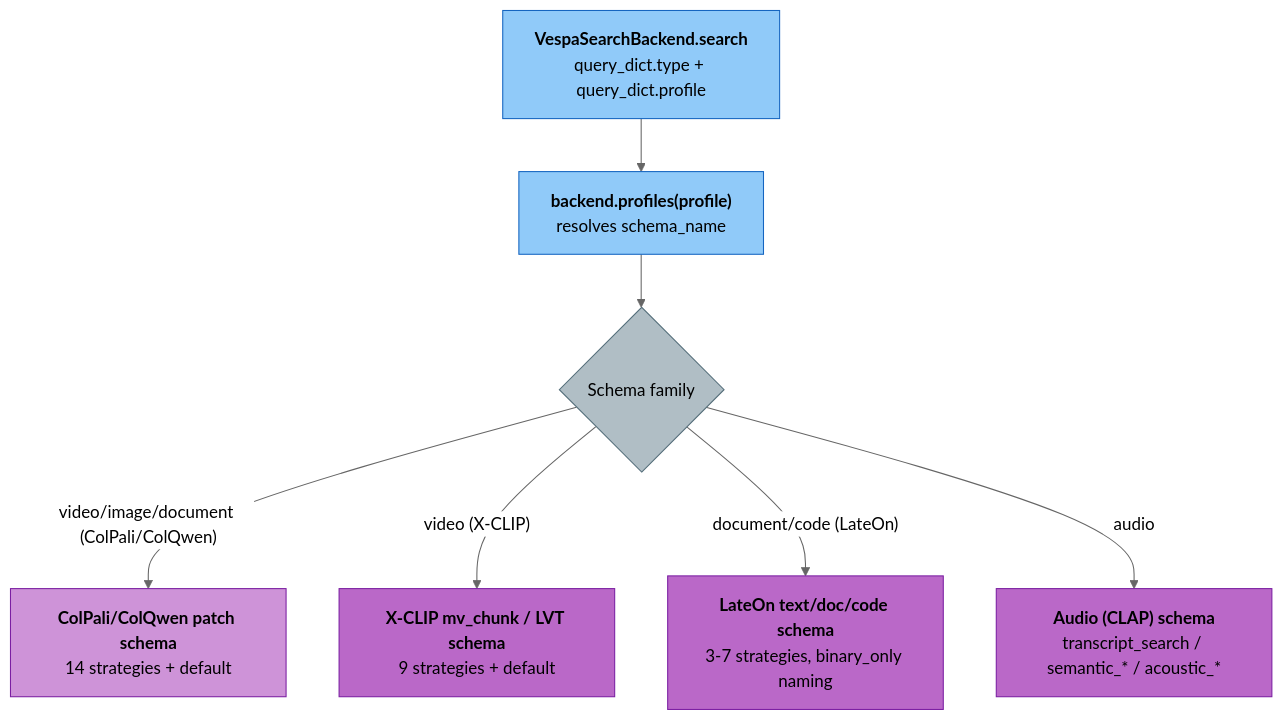
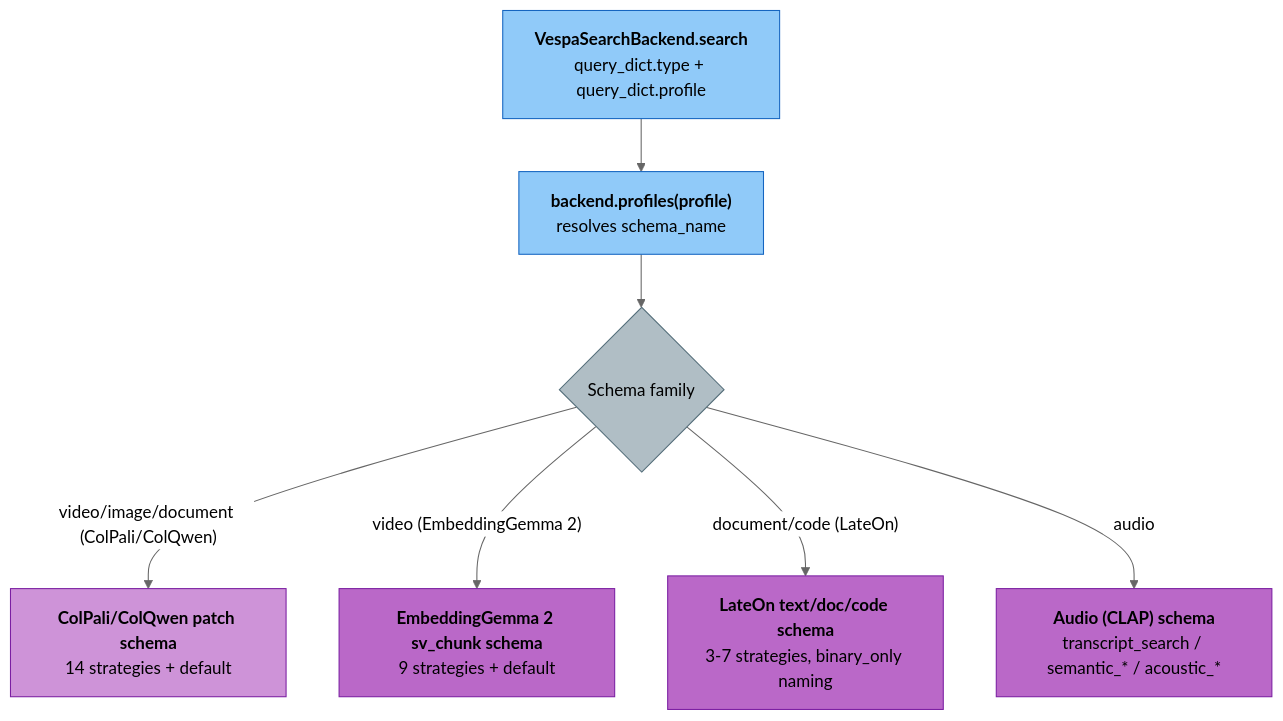
One commit to amit-jain/cogniverse changed the diagram in docs/testing/vespa_search_strategies.md. Above: the diagram before and after it, drawn with Mermaid (neutral theme). The commit also changed other lines of this file and 161 other files, not shown here.

````diff
--- a/docs/testing/vespa_search_strategies.md
+++ b/docs/testing/vespa_search_strategies.md
@@ -127,17 +128,17 @@
 ```mermaid
 flowchart TD
     A["<span style='color:#000'><b>VespaSearchBackend.search</b><br/>query_dict.type + query_dict.profile</span>"] --> B["<span style='color:#000'><b>backend.profiles(profile)</b><br/>resolves schema_name</span>"]
     B --> C{"<span style='color:#000'>Schema family</span>"}
     C -->|"video/image/document (ColPali/ColQwen)"| D["<span style='color:#000'><b>ColPali/ColQwen patch schema</b><br/>14 strategies + default</span>"]
-    C -->|"video (X-CLIP)"| E["<span style='color:#000'><b>X-CLIP mv_chunk / LVT schema</b><br/>9 strategies + default</span>"]
+    C -->|"video (EmbeddingGemma 2)"| E["<span style='color:#000'><b>EmbeddingGemma 2 sv_chunk schema</b><br/>9 strategies + default</span>"]
     C -->|"document/code (LateOn)"| F["<span style='color:#000'><b>LateOn text/doc/code schema</b><br/>3-7 strategies, binary_only naming</span>"]
     C -->|"audio"| G["<span style='color:#000'><b>Audio (CLAP) schema</b><br/>transcript_search / semantic_* / acoustic_*</span>"]
 
     style A fill:#90caf9,stroke:#1565c0,color:#000
     style B fill:#90caf9,stroke:#1565c0,color:#000
     style C fill:#b0bec5,stroke:#546e7a,color:#000
     style D fill:#ce93d8,stroke:#7b1fa2,color:#000
     style E fill:#ba68c8,stroke:#7b1fa2,color:#000
     style F fill:#ba68c8,stroke:#7b1fa2,color:#000
     style G fill:#ba68c8,stroke:#7b1fa2,color:#000
 ```
````
